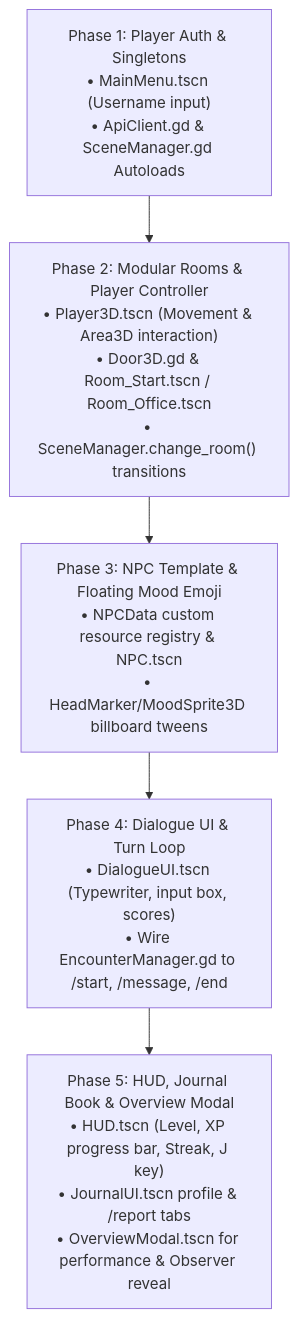
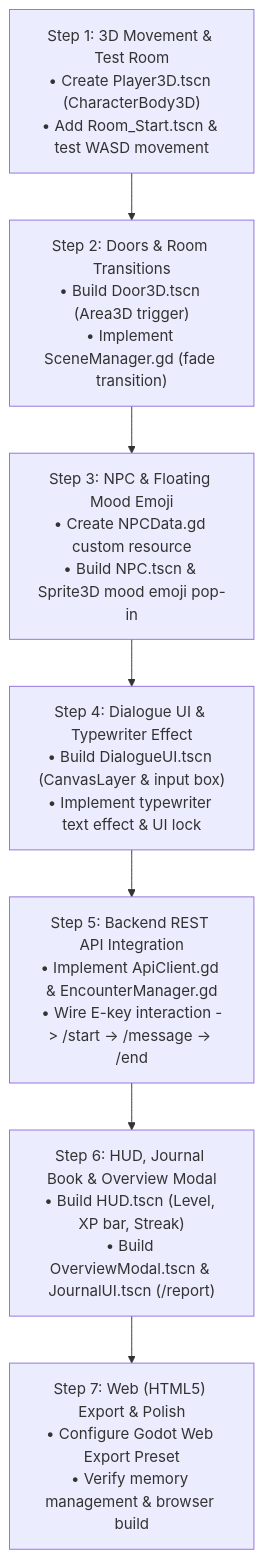
One commit to ahmad-ovh/THRESHOLD changed the fourth of 4 diagrams in docs/07_frontend_integration.md. Above: the diagram before and after it, drawn with Mermaid. The commit also changed other lines of this file, not shown here.

Commit message:
docs: reorganize Section 8 into a chronological Godot 4 tutorial-aligned build roadmap

````diff
--- a/docs/07_frontend_integration.md
+++ b/docs/07_frontend_integration.md
@@ -546,8 +546,10 @@
 ```mermaid
 flowchart TD
-    Phase1["Phase 1: Player Auth & Singletons<br/>• MainMenu.tscn (Username input)<br/>• ApiClient.gd & SceneManager.gd Autoloads"] --> Phase2
-    Phase2["Phase 2: Modular Rooms & Player Controller<br/>• Player3D.tscn (Movement & Area3D interaction)<br/>• Door3D.gd & Room_Start.tscn / Room_Office.tscn<br/>• SceneManager.change_room() transitions"] --> Phase3
-    Phase3["Phase 3: NPC Template & Floating Mood Emoji<br/>• NPCData custom resource registry & NPC.tscn<br/>• HeadMarker/MoodSprite3D billboard tweens"] --> Phase4
-    Phase4["Phase 4: Dialogue UI & Turn Loop<br/>• DialogueUI.tscn (Typewriter, input box, scores)<br/>• Wire EncounterManager.gd to /start, /message, /end"] --> Phase5
-    Phase5["Phase 5: HUD, Journal Book & Overview Modal<br/>• HUD.tscn (Level, XP progress bar, Streak, J key)<br/>• JournalUI.tscn profile & /report tabs<br/>• OverviewModal.tscn for performance & Observer reveal"]
+    Step1["Step 1: 3D Movement & Test Room<br/>• Create Player3D.tscn (CharacterBody3D)<br/>• Add Room_Start.tscn & test WASD movement"] --> Step2
+    Step2["Step 2: Doors & Room Transitions<br/>• Build Door3D.tscn (Area3D trigger)<br/>• Implement SceneManager.gd (fade transition)"] --> Step3
+    Step3["Step 3: NPC & Floating Mood Emoji<br/>• Create NPCData.gd custom resource<br/>• Build NPC.tscn & Sprite3D mood emoji pop-in"] --> Step4
+    Step4["Step 4: Dialogue UI & Typewriter Effect<br/>• Build DialogueUI.tscn (CanvasLayer & input box)<br/>• Implement typewriter text effect & UI lock"] --> Step5
+    Step5["Step 5: Backend REST API Integration<br/>• Implement ApiClient.gd & EncounterManager.gd<br/>• Wire E-key interaction -> /start -> /message -> /end"] --> Step6
+    Step6["Step 6: HUD, Journal Book & Overview Modal<br/>• Build HUD.tscn (Level, XP bar, Streak)<br/>• Build OverviewModal.tscn & JournalUI.tscn (/report)"] --> Step7
+    Step7["Step 7: Web (HTML5) Export & Polish<br/>• Configure Godot Web Export Preset<br/>• Verify memory management & browser build"]
 ```
````
